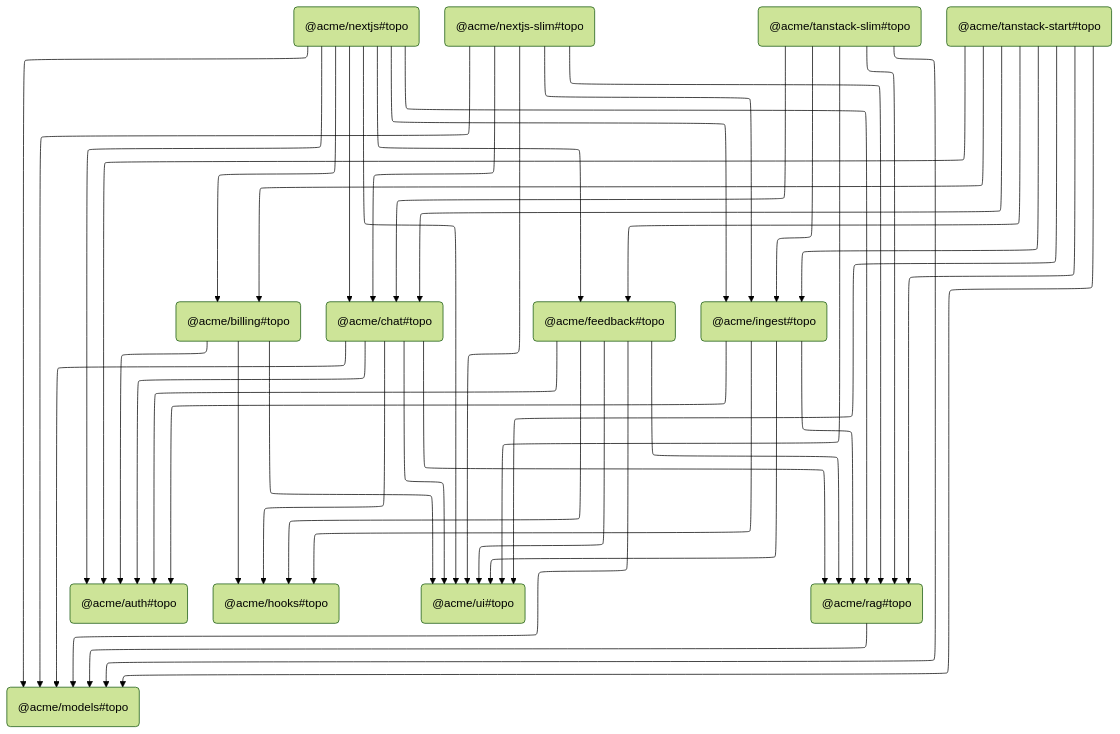
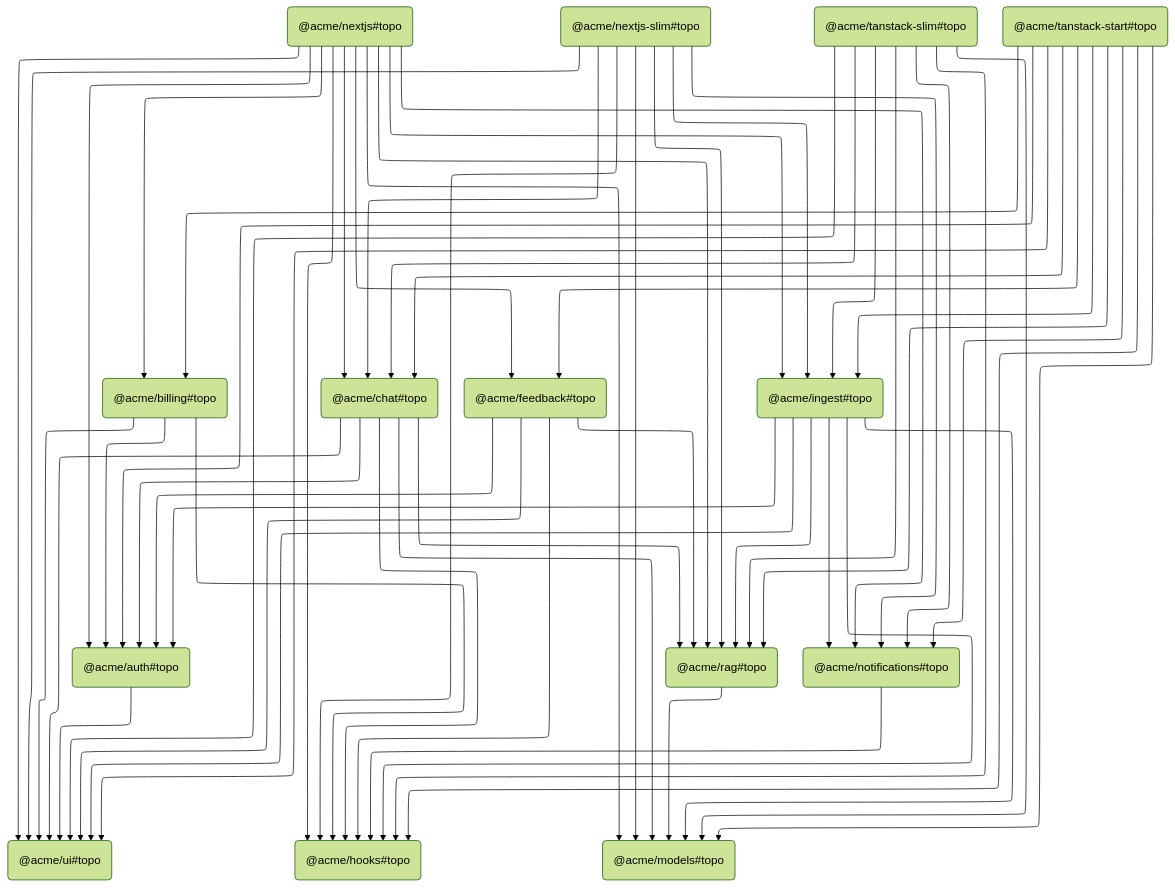
One commit to regybean/Trellis changed the diagram in docs/task-graph-topo.mermaid. Above: the diagram before and after it, drawn with Mermaid (forest theme). The commit also changed 3 other files, not shown here.

```diff
--- a/docs/task-graph-topo.mermaid
+++ b/docs/task-graph-topo.mermaid
@@ -1,49 +1,60 @@
 ---
 config:
   layout: elk
 ---
 graph TD
-	LRHC("@acme/billing#topo") --> QHZT("@acme/auth#topo")
-	LRHC("@acme/billing#topo") --> WCIN("@acme/hooks#topo")
-	LRHC("@acme/billing#topo") --> NRTE("@acme/ui#topo")
+	QHZT("@acme/auth#topo") --> WCIN("@acme/ui#topo")
+	BHWE("@acme/billing#topo") --> QHZT("@acme/auth#topo")
+	BHWE("@acme/billing#topo") --> IRKD("@acme/hooks#topo")
+	BHWE("@acme/billing#topo") --> WCIN("@acme/ui#topo")
 	ITTZ("@acme/chat#topo") --> QHZT("@acme/auth#topo")
-	ITTZ("@acme/chat#topo") --> WCIN("@acme/hooks#topo")
+	ITTZ("@acme/chat#topo") --> IRKD("@acme/hooks#topo")
 	ITTZ("@acme/chat#topo") --> VXGS("@acme/models#topo")
-	ITTZ("@acme/chat#topo") --> WWDL("@acme/rag#topo")
-	ITTZ("@acme/chat#topo") --> NRTE("@acme/ui#topo")
-	NEPG("@acme/feedback#topo") --> QHZT("@acme/auth#topo")
-	NEPG("@acme/feedback#topo") --> WCIN("@acme/hooks#topo")
-	NEPG("@acme/feedback#topo") --> VXGS("@acme/models#topo")
-	NEPG("@acme/feedback#topo") --> WWDL("@acme/rag#topo")
-	NEPG("@acme/feedback#topo") --> NRTE("@acme/ui#topo")
-	HVTJ("@acme/ingest#topo") --> QHZT("@acme/auth#topo")
-	HVTJ("@acme/ingest#topo") --> WCIN("@acme/hooks#topo")
-	HVTJ("@acme/ingest#topo") --> WWDL("@acme/rag#topo")
-	HVTJ("@acme/ingest#topo") --> NRTE("@acme/ui#topo")
-	SYNO("@acme/nextjs#topo") --> QHZT("@acme/auth#topo")
-	SYNO("@acme/nextjs#topo") --> LRHC("@acme/billing#topo")
-	SYNO("@acme/nextjs#topo") --> ITTZ("@acme/chat#topo")
-	SYNO("@acme/nextjs#topo") --> NEPG("@acme/feedback#topo")
-	SYNO("@acme/nextjs#topo") --> HVTJ("@acme/ingest#topo")
-	SYNO("@acme/nextjs#topo") --> VXGS("@acme/models#topo")
-	SYNO("@acme/nextjs#topo") --> WWDL("@acme/rag#topo")
-	SYNO("@acme/nextjs#topo") --> NRTE("@acme/ui#topo")
-	FFQP("@acme/nextjs-slim#topo") --> ITTZ("@acme/chat#topo")
-	FFQP("@acme/nextjs-slim#topo") --> HVTJ("@acme/ingest#topo")
-	FFQP("@acme/nextjs-slim#topo") --> VXGS("@acme/models#topo")
-	FFQP("@acme/nextjs-slim#topo") --> WWDL("@acme/rag#topo")
-	FFQP("@acme/nextjs-slim#topo") --> NRTE("@acme/ui#topo")
-	WWDL("@acme/rag#topo") --> VXGS("@acme/models#topo")
-	WZGG("@acme/tanstack-slim#topo") --> ITTZ("@acme/chat#topo")
-	WZGG("@acme/tanstack-slim#topo") --> HVTJ("@acme/ingest#topo")
-	WZGG("@acme/tanstack-slim#topo") --> VXGS("@acme/models#topo")
-	WZGG("@acme/tanstack-slim#topo") --> WWDL("@acme/rag#topo")
-	WZGG("@acme/tanstack-slim#topo") --> NRTE("@acme/ui#topo")
-	IQJW("@acme/tanstack-start#topo") --> QHZT("@acme/auth#topo")
-	IQJW("@acme/tanstack-start#topo") --> LRHC("@acme/billing#topo")
-	IQJW("@acme/tanstack-start#topo") --> ITTZ("@acme/chat#topo")
-	IQJW("@acme/tanstack-start#topo") --> NEPG("@acme/feedback#topo")
-	IQJW("@acme/tanstack-start#topo") --> HVTJ("@acme/ingest#topo")
-	IQJW("@acme/tanstack-start#topo") --> VXGS("@acme/models#topo")
-	IQJW("@acme/tanstack-start#topo") --> WWDL("@acme/rag#topo")
-	IQJW("@acme/tanstack-start#topo") --> NRTE("@acme/ui#topo")
+	ITTZ("@acme/chat#topo") --> NEPG("@acme/rag#topo")
+	ITTZ("@acme/chat#topo") --> WCIN("@acme/ui#topo")
+	WJGP("@acme/feedback#topo") --> QHZT("@acme/auth#topo")
+	WJGP("@acme/feedback#topo") --> IRKD("@acme/hooks#topo")
+	WJGP("@acme/feedback#topo") --> NEPG("@acme/rag#topo")
+	WJGP("@acme/feedback#topo") --> WCIN("@acme/ui#topo")
+	SYNO("@acme/ingest#topo") --> QHZT("@acme/auth#topo")
+	SYNO("@acme/ingest#topo") --> IRKD("@acme/hooks#topo")
+	SYNO("@acme/ingest#topo") --> VXGS("@acme/models#topo")
+	SYNO("@acme/ingest#topo") --> SEOP("@acme/notifications#topo")
+	SYNO("@acme/ingest#topo") --> NEPG("@acme/rag#topo")
+	SYNO("@acme/ingest#topo") --> WCIN("@acme/ui#topo")
+	FFQP("@acme/nextjs#topo") --> QHZT("@acme/auth#topo")
+	FFQP("@acme/nextjs#topo") --> BHWE("@acme/billing#topo")
+	FFQP("@acme/nextjs#topo") --> ITTZ("@acme/chat#topo")
+	FFQP("@acme/nextjs#topo") --> WJGP("@acme/feedback#topo")
+	FFQP("@acme/nextjs#topo") --> IRKD("@acme/hooks#topo")
+	FFQP("@acme/nextjs#topo") --> SYNO("@acme/ingest#topo")
+	FFQP("@acme/nextjs#topo") --> VXGS("@acme/models#topo")
+	FFQP("@acme/nextjs#topo") --> SEOP("@acme/notifications#topo")
+	FFQP("@acme/nextjs#topo") --> NEPG("@acme/rag#topo")
+	FFQP("@acme/nextjs#topo") --> WCIN("@acme/ui#topo")
+	WZGG("@acme/nextjs-slim#topo") --> ITTZ("@acme/chat#topo")
+	WZGG("@acme/nextjs-slim#topo") --> IRKD("@acme/hooks#topo")
+	WZGG("@acme/nextjs-slim#topo") --> SYNO("@acme/ingest#topo")
+	WZGG("@acme/nextjs-slim#topo") --> VXGS("@acme/models#topo")
+	WZGG("@acme/nextjs-slim#topo") --> SEOP("@acme/notifications#topo")
+	WZGG("@acme/nextjs-slim#topo") --> NEPG("@acme/rag#topo")
+	WZGG("@acme/nextjs-slim#topo") --> WCIN("@acme/ui#topo")
+	SEOP("@acme/notifications#topo") --> IRKD("@acme/hooks#topo")
+	NEPG("@acme/rag#topo") --> VXGS("@acme/models#topo")
+	IQJW("@acme/tanstack-slim#topo") --> ITTZ("@acme/chat#topo")
+	IQJW("@acme/tanstack-slim#topo") --> IRKD("@acme/hooks#topo")
+	IQJW("@acme/tanstack-slim#topo") --> SYNO("@acme/ingest#topo")
+	IQJW("@acme/tanstack-slim#topo") --> VXGS("@acme/models#topo")
+	IQJW("@acme/tanstack-slim#topo") --> SEOP("@acme/notifications#topo")
+	IQJW("@acme/tanstack-slim#topo") --> NEPG("@acme/rag#topo")
+	IQJW("@acme/tanstack-slim#topo") --> WCIN("@acme/ui#topo")
+	WFYI("@acme/tanstack-start#topo") --> QHZT("@acme/auth#topo")
+	WFYI("@acme/tanstack-start#topo") --> BHWE("@acme/billing#topo")
+	WFYI("@acme/tanstack-start#topo") --> ITTZ("@acme/chat#topo")
+	WFYI("@acme/tanstack-start#topo") --> WJGP("@acme/feedback#topo")
+	WFYI("@acme/tanstack-start#topo") --> IRKD("@acme/hooks#topo")
+	WFYI("@acme/tanstack-start#topo") --> SYNO("@acme/ingest#topo")
+	WFYI("@acme/tanstack-start#topo") --> VXGS("@acme/models#topo")
+	WFYI("@acme/tanstack-start#topo") --> SEOP("@acme/notifications#topo")
+	WFYI("@acme/tanstack-start#topo") --> NEPG("@acme/rag#topo")
+	WFYI("@acme/tanstack-start#topo") --> WCIN("@acme/ui#topo")
```
